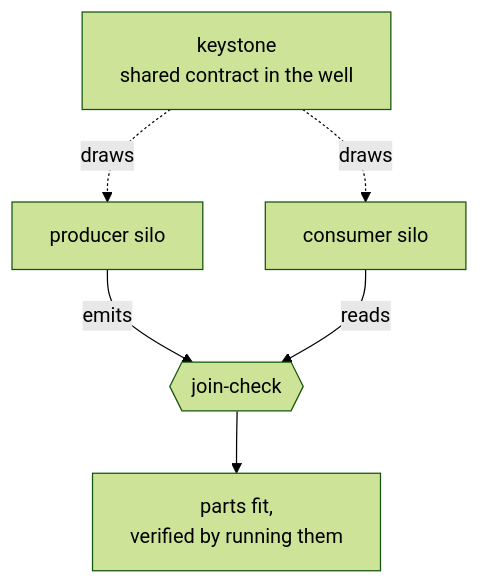
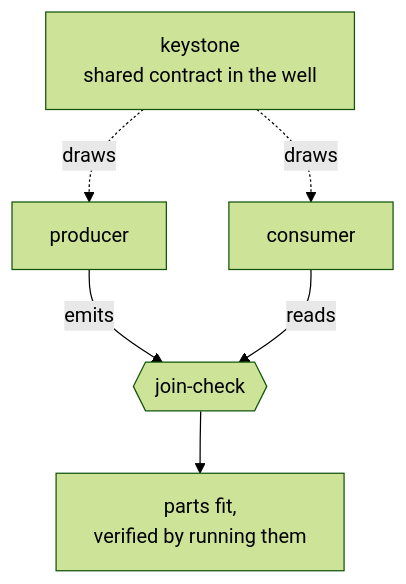
One commit to BlueSkyGTM/deferred-context-architecture changed the second of 2 diagrams in README.md. Above: the diagram before and after it, drawn with Mermaid (forest theme). The commit also changed other lines of this file, not shown here.

````diff
--- a/README.md
+++ b/README.md
@@ -120,9 +70,9 @@
 ```mermaid
 flowchart TD
     K["keystone<br/>shared contract in the well"]
-    K -.draws.-> P["producer silo"]
-    K -.draws.-> C["consumer silo"]
+    K -.draws.-> P["producer"]
+    K -.draws.-> C["consumer"]
     P -->|emits| J{{"join-check"}}
     C -->|reads| J
     J --> R["parts fit,<br/>verified by running them"]
 ```
````
